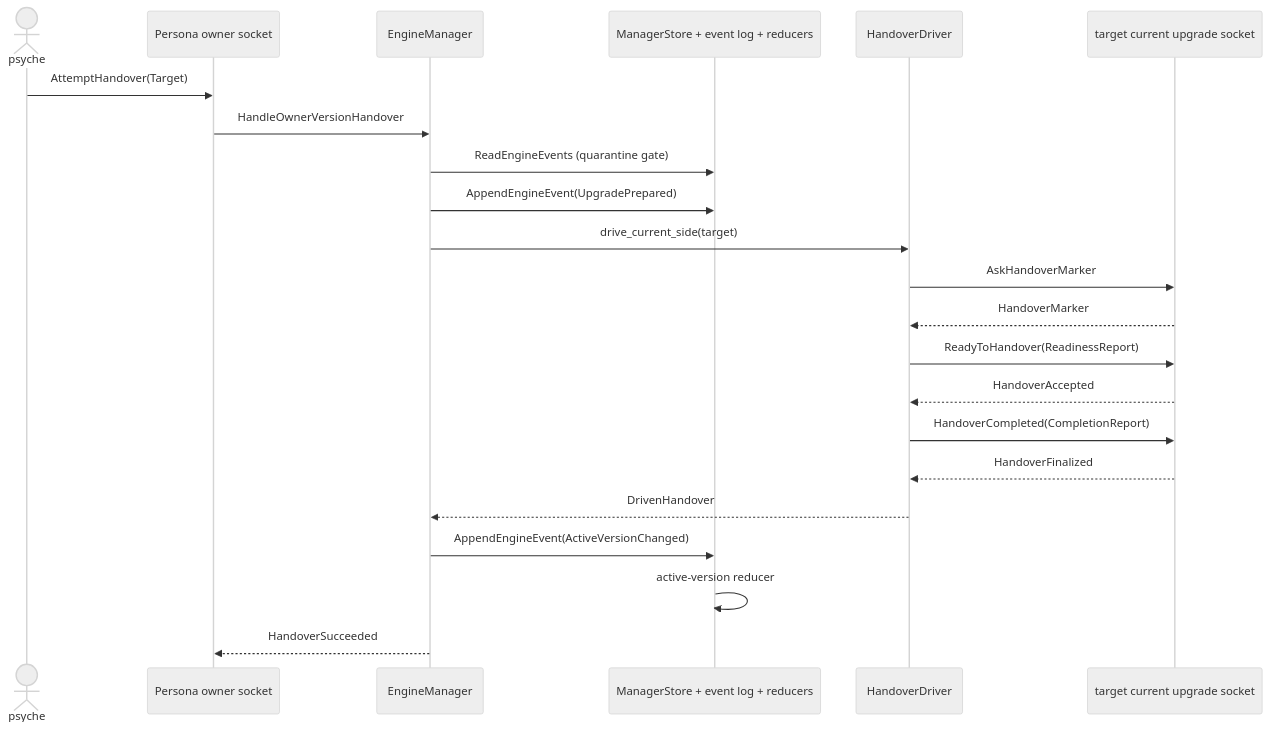
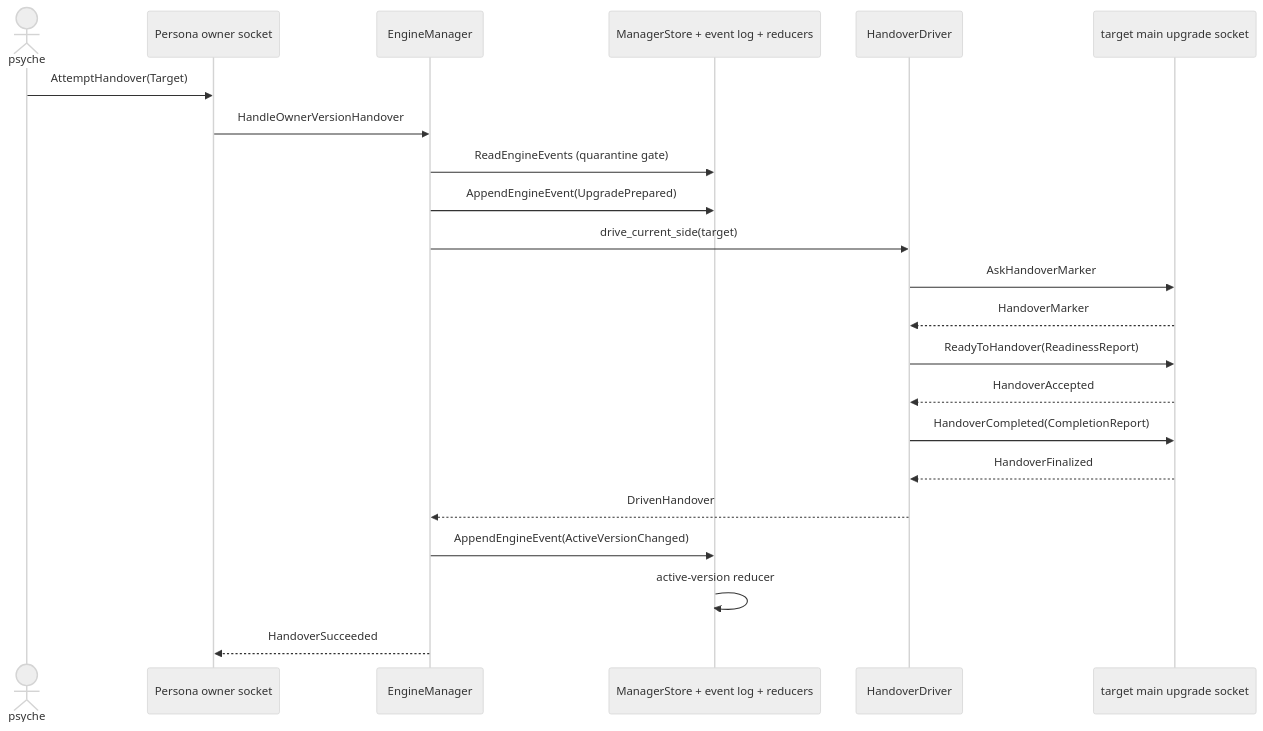
The fourth of 9 diagrams in ARCHITECTURE.md (LiGoldragon/persona), drawn with Mermaid (neutral theme) before and after one commit. The commit also changed other lines of this file, not shown here.

````diff
--- a/ARCHITECTURE.md
+++ b/ARCHITECTURE.md
@@ -510,24 +527,24 @@
 ```mermaid
 sequenceDiagram
     actor psyche as psyche
     participant owner as Persona owner socket
     participant manager as EngineManager
     participant store as ManagerStore + event log + reducers
     participant driver as HandoverDriver
-    participant current as target current upgrade socket
+    participant current as target main upgrade socket
     psyche->>owner: AttemptHandover(Target)
     owner->>manager: HandleOwnerVersionHandover
     manager->>store: ReadEngineEvents (quarantine gate)
     manager->>store: AppendEngineEvent(UpgradePrepared)
     manager->>driver: drive_current_side(target)
     driver->>current: AskHandoverMarker
     current-->>driver: HandoverMarker
     driver->>current: ReadyToHandover(ReadinessReport)
     current-->>driver: HandoverAccepted
     driver->>current: HandoverCompleted(CompletionReport)
     current-->>driver: HandoverFinalized
     driver-->>manager: DrivenHandover
     manager->>store: AppendEngineEvent(ActiveVersionChanged)
     store->>store: active-version reducer
     manager-->>owner: HandoverSucceeded
 ```
````
